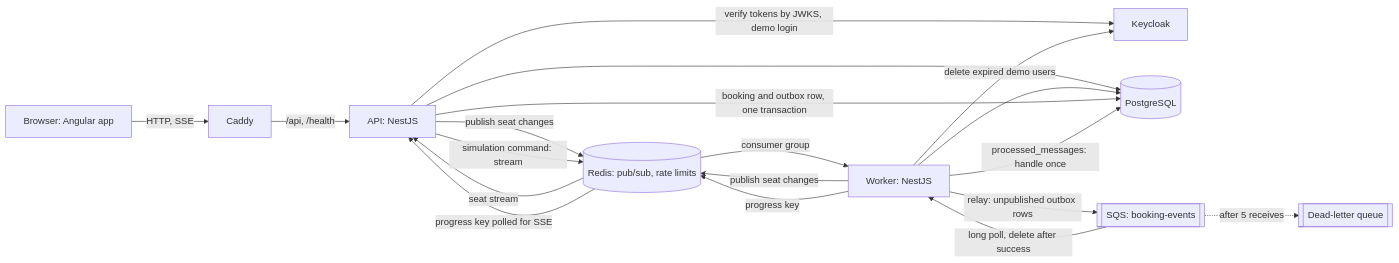
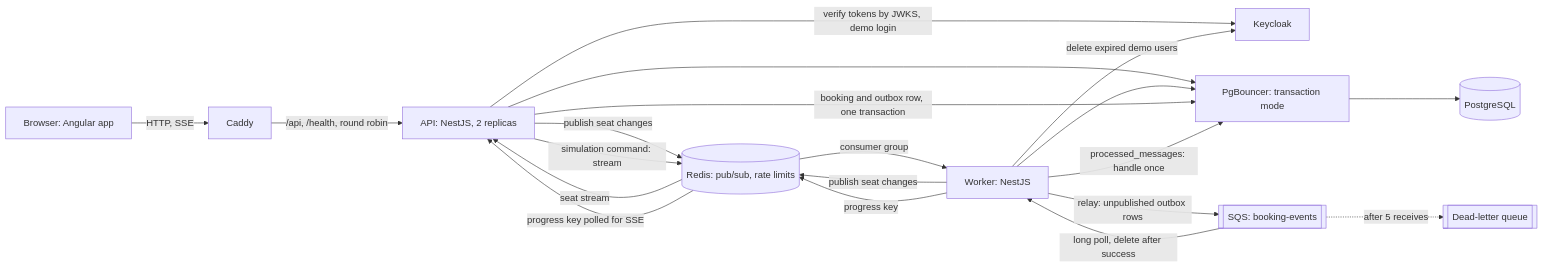
The diagram in README.md (oguzbits/ticketmaster), drawn with Mermaid before and after one commit. The commit also changed other lines of this file and 6 other files, not shown here.

First line of the commit message:
feat(infra): two api replicas behind caddy

````diff
--- a/README.md
+++ b/README.md
@@ -69,21 +72,21 @@
 ```mermaid
 flowchart LR
   browser[Browser: Angular app] -->|HTTP, SSE| caddy[Caddy]
-  caddy -->|/api, /health| api[API: NestJS]
+  caddy -->|/api, /health, round robin| api[API: NestJS, 2 replicas]
   api -->|verify tokens by JWKS, demo login| keycloak[Keycloak]
-  api --> postgres[(PostgreSQL)]
+  api --> pgbouncer[PgBouncer: transaction mode] --> postgres[(PostgreSQL)]
   api -->|publish seat changes| redis[(Redis: pub/sub, rate limits)]
   redis -->|seat stream| api
-  worker[Worker: NestJS] --> postgres
+  worker[Worker: NestJS] --> pgbouncer
   worker -->|publish seat changes| redis
   worker -->|delete expired demo users| keycloak
   api -->|simulation command: stream| redis
   redis -->|consumer group| worker
   worker -->|progress key| redis
   redis -->|progress key polled for SSE| api
-  api -->|booking and outbox row, one transaction| postgres
+  api -->|booking and outbox row, one transaction| pgbouncer
   worker -->|relay: unpublished outbox rows| queue[[SQS: booking-events]]
   queue -->|long poll, delete after success| worker
   queue -.->|after 5 receives| dlq[[Dead-letter queue]]
-  worker -->|processed_messages: handle once| postgres
+  worker -->|processed_messages: handle once| pgbouncer
 ```
````
